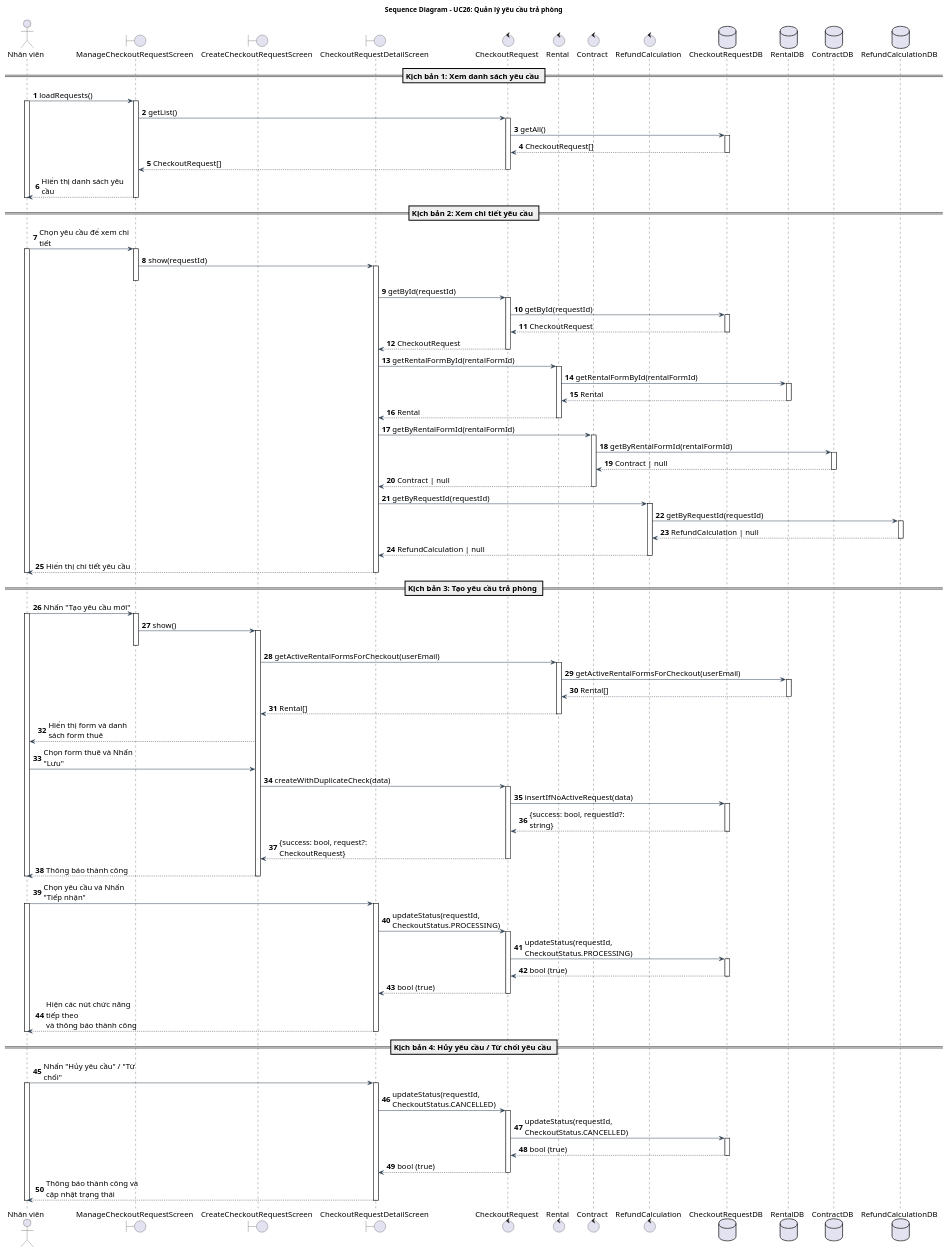
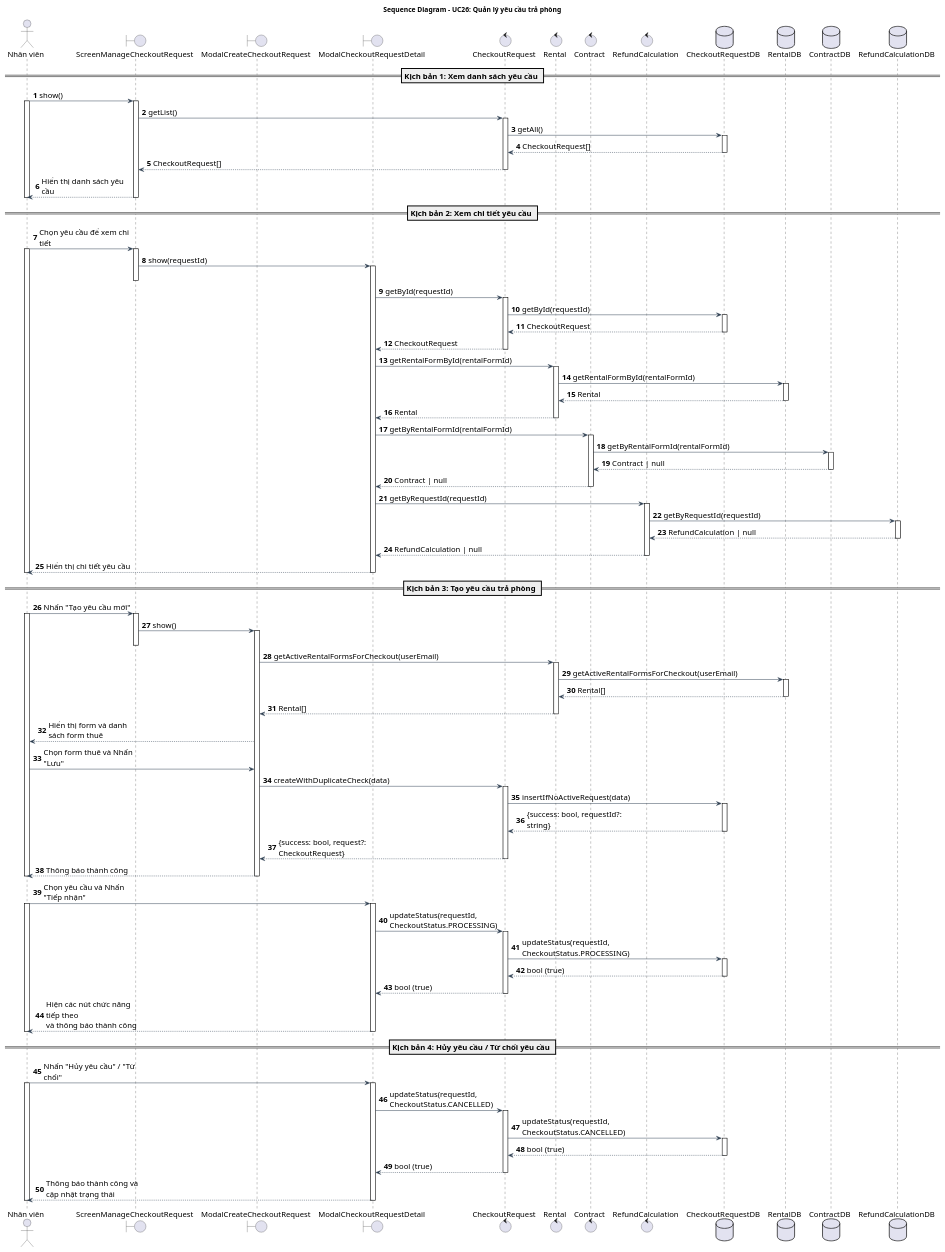
The diagram in doc/system/quan_ly_yeu_cau_tra_phong/QuanLyYeuCauTraPhong_SequenceDiagram.wsd (Gnourt812005/HCMUS-Analyze-and-desgin-IS), drawn with PlantUML before and after one commit. The commit also changed 2 other files, not shown here.

Commit message:
quangdo/diagram: updated some diagrams

```diff
--- a/doc/system/quan_ly_yeu_cau_tra_phong/QuanLyYeuCauTraPhong_SequenceDiagram.wsd
+++ b/doc/system/quan_ly_yeu_cau_tra_phong/QuanLyYeuCauTraPhong_SequenceDiagram.wsd
@@ -1,159 +1,159 @@
 @startuml QuanLyYeuCauTraPhong_SequenceDiagram
 title Sequence Diagram - UC26: Quản lý yêu cầu trả phòng
 
 skinparam {
     BackgroundColor White
     ArrowColor #2D3E50
     DefaultFontName "Arial"
     DefaultFontSize 16
     ParticipantPadding 15
     MaxMessageSize 200
 }
 
 autonumber
 
 actor "Nhân viên" as nv
-boundary "ManageCheckoutRequestScreen" as guiManage
-boundary "CreateCheckoutRequestScreen" as guiCreate
-boundary "CheckoutRequestDetailScreen" as guiDetail
+boundary "ScreenManageCheckoutRequest" as guiManage
+boundary "ModalCreateCheckoutRequest" as guiCreate
+boundary "ModalCheckoutRequestDetail" as guiDetail
 control "CheckoutRequest" as reqCtrl
 control "Rental" as rentalCtrl
 control "Contract" as conCtrl
 control "RefundCalculation" as refCtrl
 database "CheckoutRequestDB" as reqDB
 database "RentalDB" as rentalDB
 database "ContractDB" as conDB
 database "RefundCalculationDB" as refDB
 
 == Kịch bản 1: Xem danh sách yêu cầu ==
-nv -> guiManage: loadRequests()
+nv -> guiManage: show()
 activate nv
 activate guiManage
 
 guiManage -> reqCtrl: getList()
 activate reqCtrl
 reqCtrl -> reqDB: getAll()
 activate reqDB
 reqDB --> reqCtrl: CheckoutRequest[]
 deactivate reqDB
 reqCtrl --> guiManage: CheckoutRequest[]
 deactivate reqCtrl
 guiManage --> nv: Hiển thị danh sách yêu cầu
 deactivate guiManage
 deactivate nv
 
 == Kịch bản 2: Xem chi tiết yêu cầu ==
 nv -> guiManage: Chọn yêu cầu để xem chi tiết
 activate nv
 activate guiManage
 guiManage -> guiDetail: show(requestId)
 activate guiDetail
 deactivate guiManage
 guiDetail -> reqCtrl: getById(requestId)
 activate reqCtrl
 reqCtrl -> reqDB: getById(requestId)
 activate reqDB
 reqDB --> reqCtrl: CheckoutRequest
 deactivate reqDB
 reqCtrl --> guiDetail: CheckoutRequest
 deactivate reqCtrl
 
 guiDetail -> rentalCtrl: getRentalFormById(rentalFormId)
 activate rentalCtrl
 rentalCtrl -> rentalDB: getRentalFormById(rentalFormId)
 activate rentalDB
 rentalDB --> rentalCtrl: Rental
 deactivate rentalDB
 rentalCtrl --> guiDetail: Rental
 deactivate rentalCtrl
 
 guiDetail -> conCtrl: getByRentalFormId(rentalFormId)
 activate conCtrl
 conCtrl -> conDB: getByRentalFormId(rentalFormId)
 activate conDB
 conDB --> conCtrl: Contract | null
 deactivate conDB
 conCtrl --> guiDetail: Contract | null
 deactivate conCtrl
 
 guiDetail -> refCtrl: getByRequestId(requestId)
 activate refCtrl
 refCtrl -> refDB: getByRequestId(requestId)
 activate refDB
 refDB --> refCtrl: RefundCalculation | null
 deactivate refDB
 refCtrl --> guiDetail: RefundCalculation | null
 deactivate refCtrl
 
 guiDetail --> nv: Hiển thị chi tiết yêu cầu
 deactivate guiDetail
 deactivate nv
 
 == Kịch bản 3: Tạo yêu cầu trả phòng ==
 nv -> guiManage: Nhấn "Tạo yêu cầu mới"
 activate nv
 activate guiManage
 guiManage -> guiCreate: show()
 activate guiCreate
 deactivate guiManage
 
 guiCreate -> rentalCtrl: getActiveRentalFormsForCheckout(userEmail)
 activate rentalCtrl
 rentalCtrl -> rentalDB: getActiveRentalFormsForCheckout(userEmail)
 activate rentalDB
 rentalDB --> rentalCtrl: Rental[]
 deactivate rentalDB
 rentalCtrl --> guiCreate: Rental[]
 deactivate rentalCtrl
 
 guiCreate --> nv: Hiển thị form và danh sách form thuê
 
 nv -> guiCreate: Chọn form thuê và Nhấn "Lưu"
 guiCreate -> reqCtrl: createWithDuplicateCheck(data)
 activate reqCtrl
 reqCtrl -> reqDB: insertIfNoActiveRequest(data)
 activate reqDB
 reqDB --> reqCtrl: {success: bool, requestId?: string}
 deactivate reqDB
 reqCtrl --> guiCreate: {success: bool, request?: CheckoutRequest}
 deactivate reqCtrl
 
 guiCreate --> nv: Thông báo thành công
 deactivate guiCreate
 deactivate nv
 
 nv -> guiDetail: Chọn yêu cầu và Nhấn "Tiếp nhận"
 activate guiDetail
 activate nv
 
 guiDetail -> reqCtrl: updateStatus(requestId, CheckoutStatus.PROCESSING)
 activate reqCtrl
 reqCtrl -> reqDB: updateStatus(requestId, CheckoutStatus.PROCESSING)
 activate reqDB
 reqDB --> reqCtrl: bool (true)
 deactivate reqDB
 reqCtrl --> guiDetail: bool (true)
 deactivate reqCtrl
 
 guiDetail --> nv: Hiện các nút chức năng tiếp theo\nvà thông báo thành công
 deactivate guiDetail
 deactivate nv
 
 == Kịch bản 4: Hủy yêu cầu / Từ chối yêu cầu ==
 nv -> guiDetail: Nhấn "Hủy yêu cầu" / "Từ chối"
 activate guiDetail
 activate nv
 guiDetail -> reqCtrl: updateStatus(requestId, CheckoutStatus.CANCELLED)
 activate reqCtrl
 reqCtrl -> reqDB: updateStatus(requestId, CheckoutStatus.CANCELLED)
 activate reqDB
 reqDB --> reqCtrl: bool (true)
 deactivate reqDB
 reqCtrl --> guiDetail: bool (true)
 deactivate reqCtrl
 
 guiDetail --> nv: Thông báo thành công và cập nhật trạng thái
 deactivate guiDetail
 deactivate nv
 
 @enduml
```
